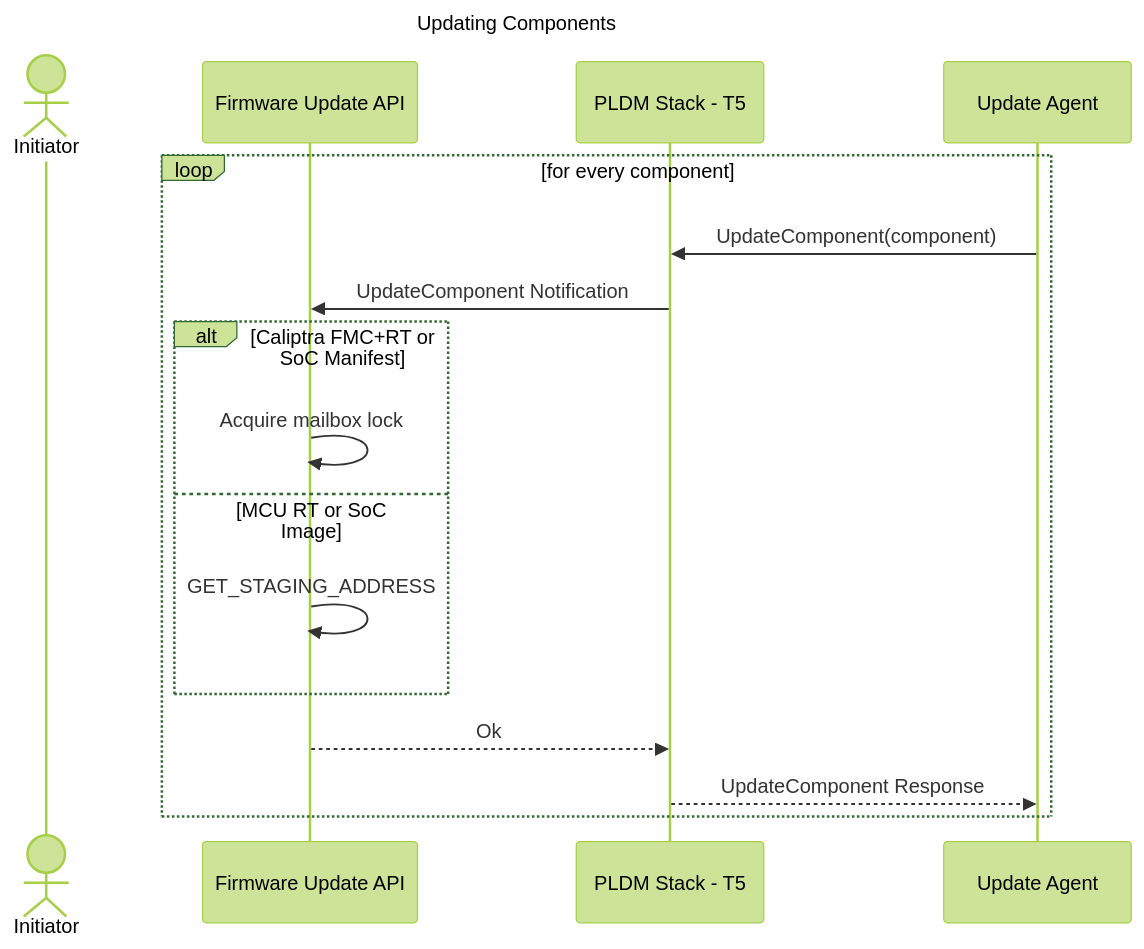
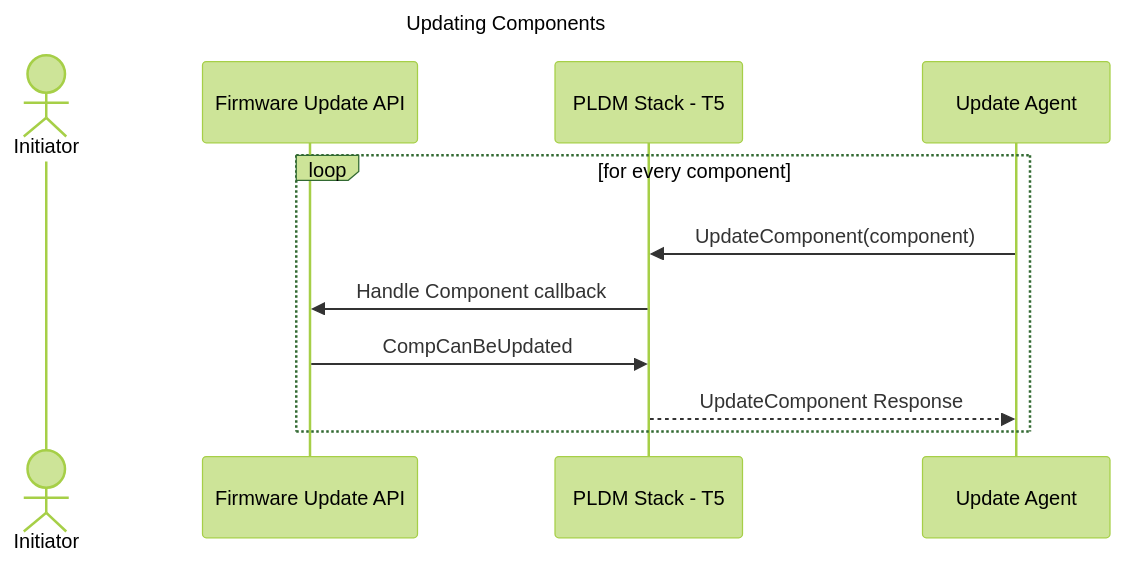
One commit to chipsalliance/caliptra-mcu-sw changed the fifth of 10 diagrams in docs/src/firmware_update.md. Above: the diagram before and after it, drawn with Mermaid (forest theme). The commit also changed other lines of this file, not shown here.

First line of the commit message:
Firmware Update Spec Update (#330)

````diff
--- a/docs/src/firmware_update.md
+++ b/docs/src/firmware_update.md
@@ -91,23 +90,16 @@
 ```mermaid
 sequenceDiagram
     title Updating Components
 
     actor App as Initiator
     participant API as Firmware Update API
     participant Firmware as PLDM Stack - T5
     participant PLDM as Update Agent
 
     loop for every component
         PLDM->>Firmware: UpdateComponent(component)
-        Firmware->>API: UpdateComponent Notification
-
-        alt Caliptra FMC+RT or SoC Manifest
-            API->>API: Acquire mailbox lock
-        else MCU RT or SoC Image
-            API->>API: GET_STAGING_ADDRESS
-        end
-
-        API-->>Firmware: Ok
+        Firmware->>API: Handle Component callback
+        API->>Firmware: CompCanBeUpdated
         Firmware-->>PLDM: UpdateComponent Response
     end
 ```
````
